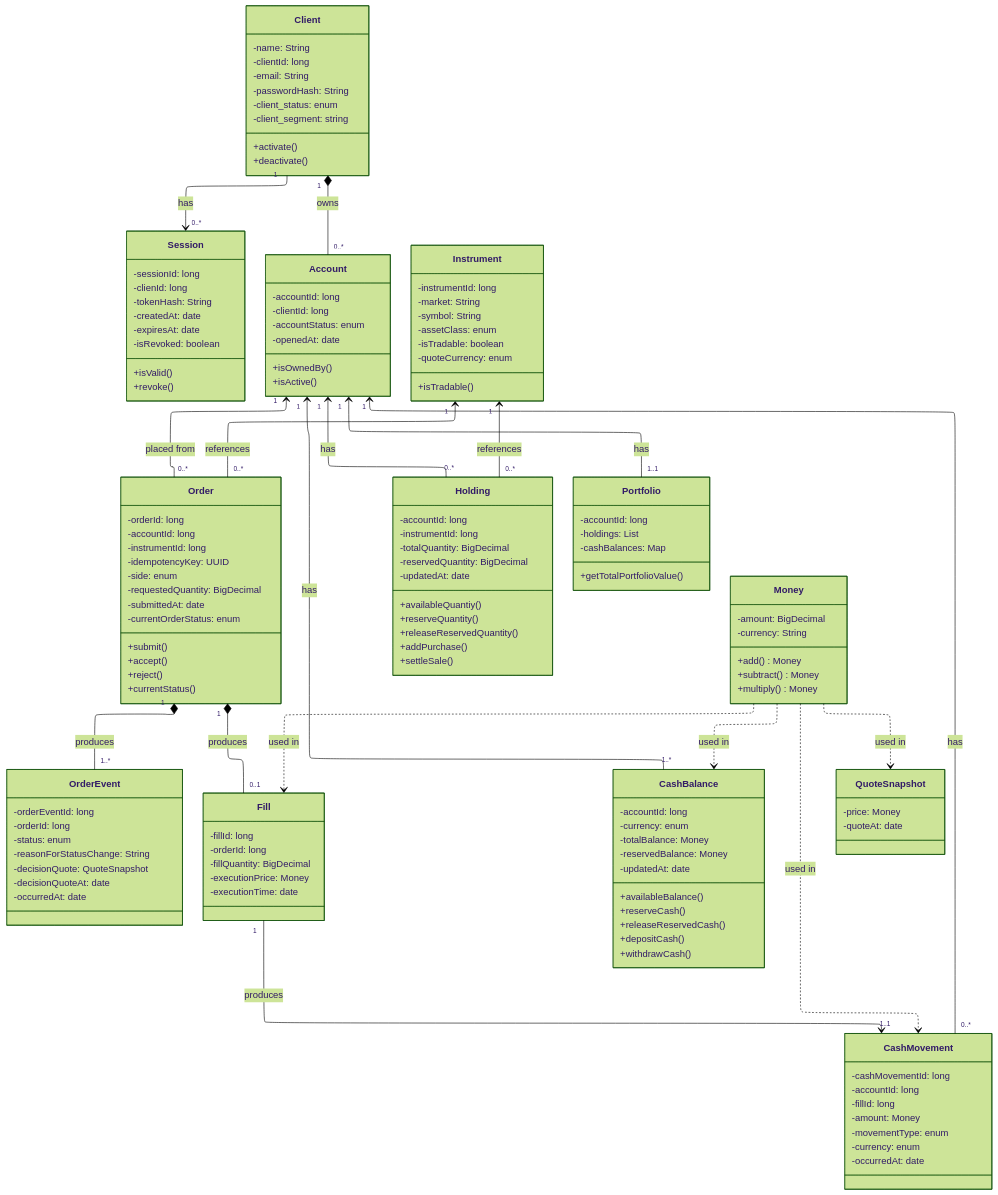
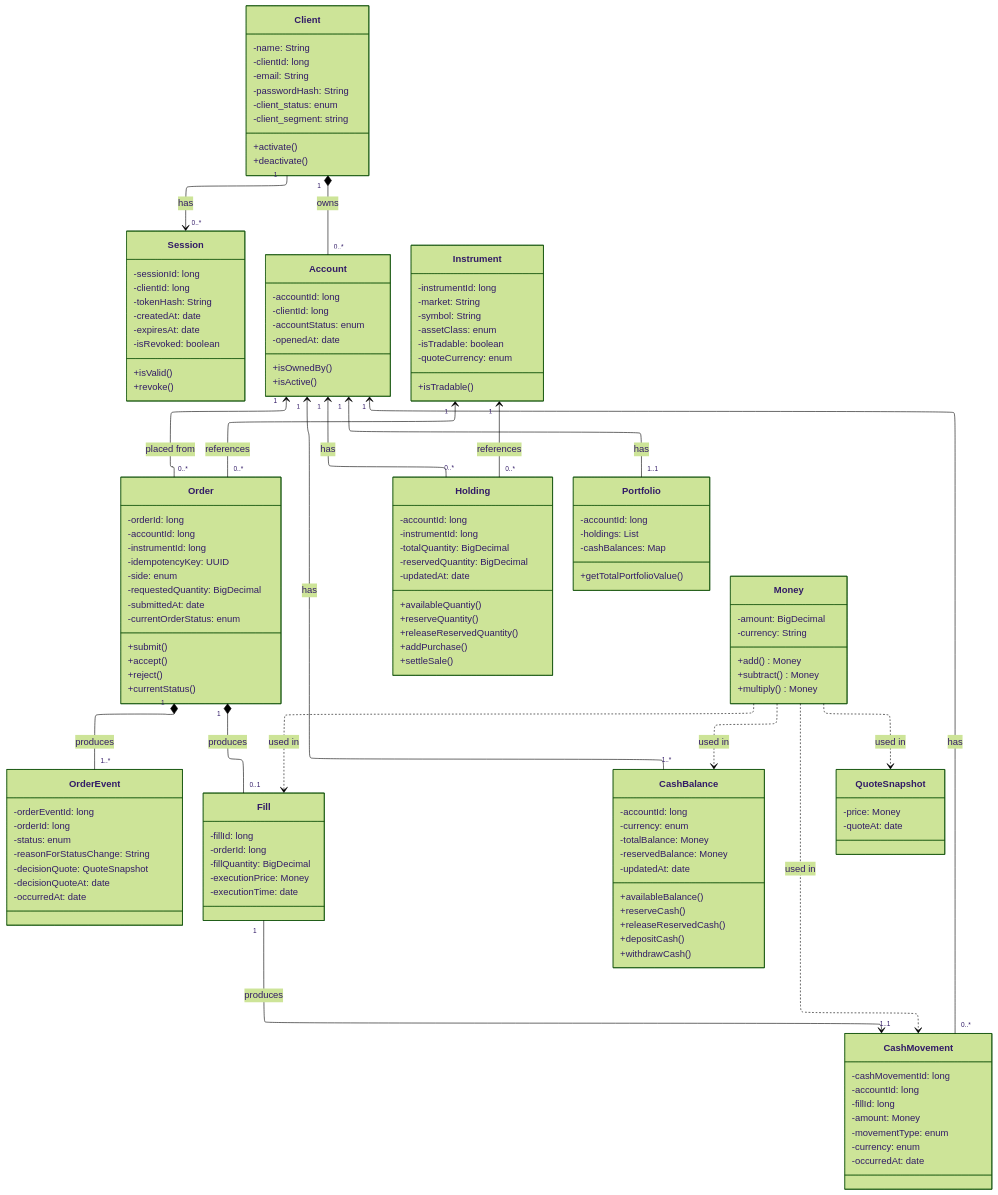
One commit to isaiah1singleton/leap-sprint1-project changed the diagram in uml_class_diagram.mmd. Above: the diagram before and after it, drawn with Mermaid (forest theme). The commit also changed 12 other files, not shown here.

```diff
--- a/uml_class_diagram.mmd
+++ b/uml_class_diagram.mmd
@@ -1,145 +1,145 @@
 ---
 config:
     layout: elk
 ---
 classDiagram
 direction TB
     class Client {
         -name: String
         -clientId: long
         -email: String
         -passwordHash: String
         -client_status: enum
         -client_segment: string
         +activate() 
         +deactivate() 
     }
     class Session {
         -sessionId: long
-        -clienId: long
+        -clientId: long
         -tokenHash: String
         -createdAt: date
         -expiresAt: date
         -isRevoked: boolean
         +isValid() 
         +revoke() 
     }
     class Account {
         -accountId: long
         -clientId: long
         -accountStatus: enum 
         -openedAt: date
         +isOwnedBy()
         +isActive()
     }
     class Instrument {
         -instrumentId: long
         -market: String
         -symbol: String
         -assetClass: enum
         -isTradable: boolean
         -quoteCurrency: enum
         +isTradable()
     }
     class Order {
         -orderId: long 
         -accountId: long
         -instrumentId: long
         -idempotencyKey: UUID
         -side: enum
         -requestedQuantity: BigDecimal
         -submittedAt: date
         -currentOrderStatus: enum
         +submit()
         +accept()
         +reject()
         +currentStatus()
     }
     class OrderEvent {
         -orderEventId: long
         -orderId: long
         -status: enum 
         -reasonForStatusChange: String
         -decisionQuote: QuoteSnapshot
         -decisionQuoteAt: date
         -occurredAt: date
     }
     class Fill {
         -fillId: long
         -orderId: long
         -fillQuantity: BigDecimal
         -executionPrice: Money
         -executionTime: date
     }
     class CashBalance {
         -accountId: long
         -currency: enum
         -totalBalance: Money
         -reservedBalance: Money
         -updatedAt: date
         +availableBalance()
         +reserveCash()
         +releaseReservedCash()
         +depositCash()
         +withdrawCash()
     }
     class Holding {
         -accountId: long
         -instrumentId: long
         -totalQuantity: BigDecimal
         -reservedQuantity: BigDecimal
         -updatedAt: date
         +availableQuantiy()
         +reserveQuantity()
         +releaseReservedQuantity()
         +addPurchase()
         +settleSale()
     }
     class Portfolio {
         -accountId: long
         -holdings: List<Holding>
         -cashBalances: Map<Currency, CashBalance>
         +getTotalPortfolioValue()
     }
     class CashMovement {
         -cashMovementId: long
         -accountId: long
         -fillId: long
         -amount: Money
         -movementType: enum 
         -currency: enum
         -occurredAt: date
     }
     class Money {
         -amount: BigDecimal
         -currency: String
         +add() Money
         +subtract() Money
         +multiply() Money
     }
     class QuoteSnapshot {
         -price: Money
         -quoteAt: date
     }
 
     Client "1" --> "0..*" Session : has
     Client "1" *-- "0..*" Account : owns
 
     Account "1" <-- "0..*" Order : placed from
     Account "1" <-- "1..*" CashBalance : has
     Account "1" <-- "0..*" Holding : has
     Account "1" <-- "1..1" Portfolio : has
     Account "1" <-- "0..*" CashMovement : has
 
     Instrument "1" <-- "0..*" Order : references
     Instrument "1" <-- "0..*" Holding : references
 
     Order "1" *-- "1..*" OrderEvent : produces
     Order "1" *-- "0..1" Fill : produces
 
     Fill "1" --> "1..1" CashMovement : produces
 
     Money ..> CashMovement : used in 
     Money ..> Fill : used in
     Money ..> QuoteSnapshot : used in
     Money ..> CashBalance : used in
```
